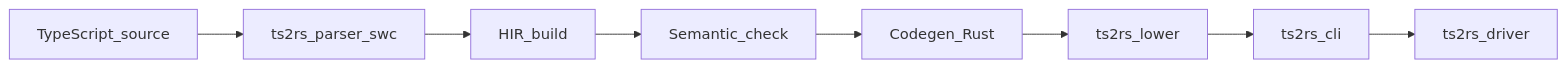
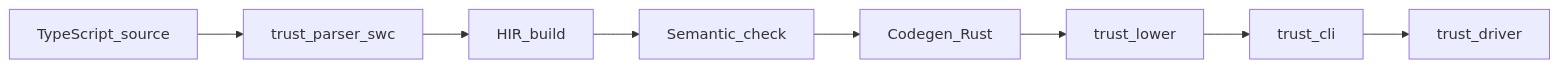
The diagram in README.md (galaxy8691/trust), drawn with Mermaid before and after one commit. The commit also changed other lines of this file and 25 other files, not shown here.

First line of the commit message:
feat(trust): finalize CLI rename and improve onboarding docs

````diff
--- a/README.md
+++ b/README.md
@@ -19,13 +95,13 @@
 ```mermaid
 flowchart LR
   TS[TypeScript_source]
-  PR[ts2rs_parser_swc]
+  PR[trust_parser_swc]
   HB[HIR_build]
   SE[Semantic_check]
   CG[Codegen_Rust]
-  LO[ts2rs_lower]
-  CLI[ts2rs_cli]
-  DRV[ts2rs_driver]
+  LO[trust_lower]
+  CLI[trust_cli]
+  DRV[trust_driver]
   TS --> PR --> HB --> SE --> CG --> LO --> CLI
   CLI --> DRV
 ```
````
